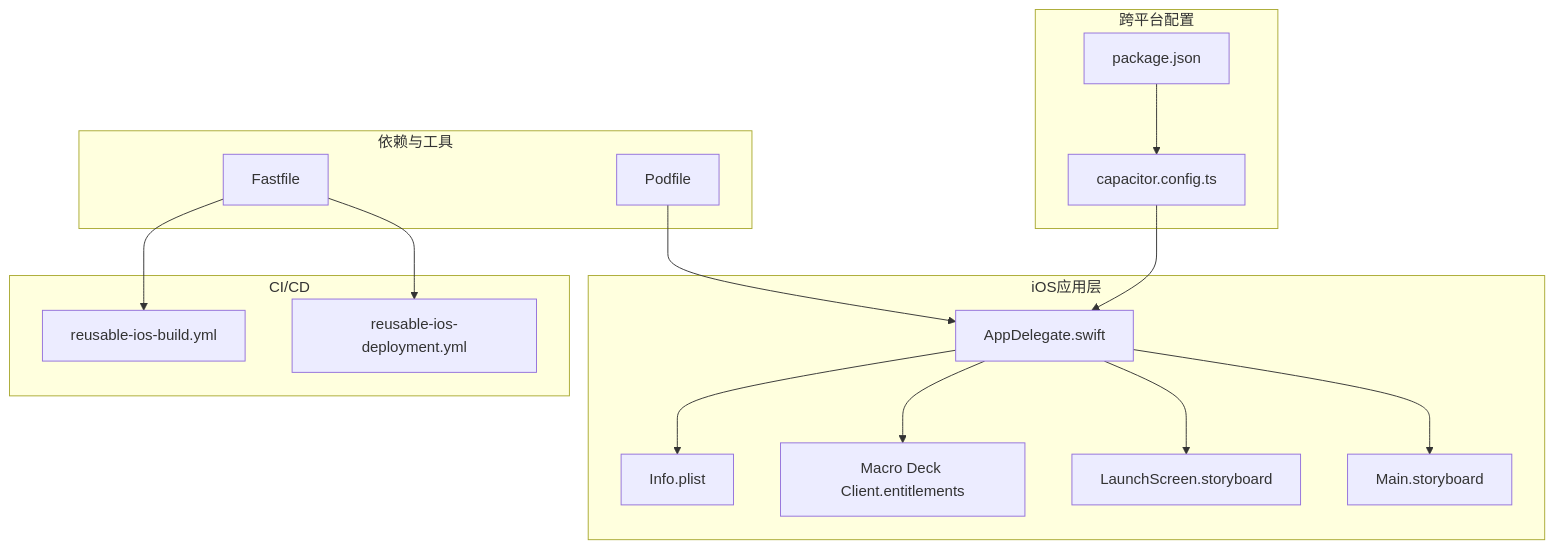
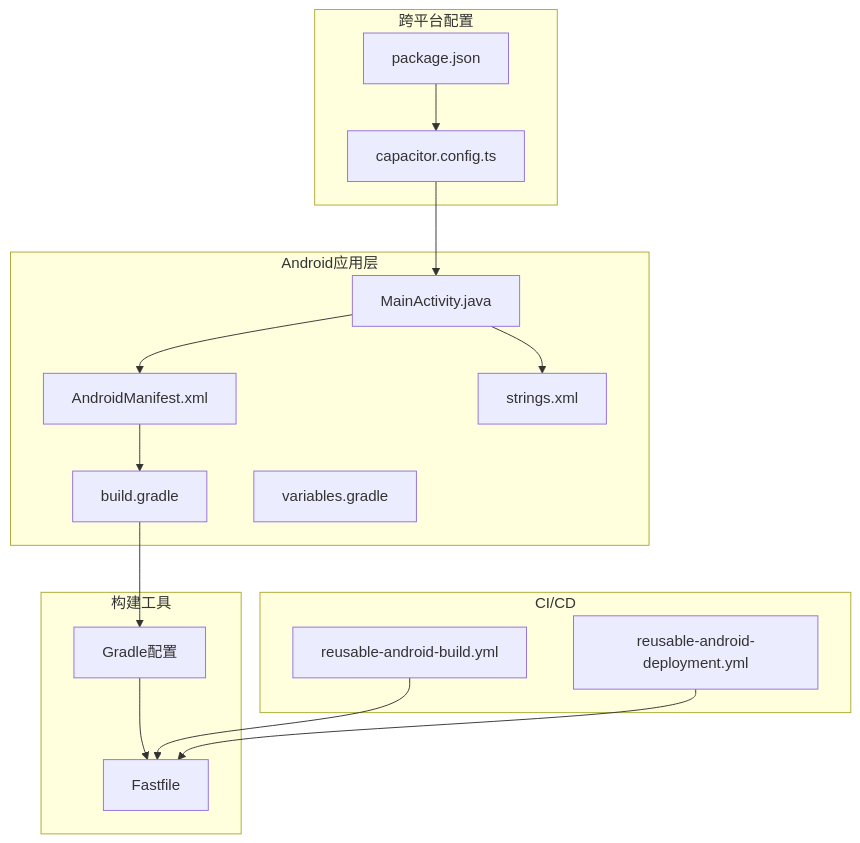
One commit to dingxyang/Macro-Deck-Client-App changed the first of 7 diagrams in .qoder/repowiki/zh/content/原生平台集成/iOS平台集成.md. Above: the diagram before and after it, drawn with Mermaid. The commit also changed other lines of this file and 47 other files, not shown here.

First line of the commit message:
refactor(docs): 重构 Macro Deck 客户端文档模块结构

````diff
--- a/.qoder/repowiki/zh/content/原生平台集成/iOS平台集成.md
+++ b/.qoder/repowiki/zh/content/原生平台集成/iOS平台集成.md
@@ -41,31 +49,31 @@
 ```mermaid
 graph TB
-subgraph "iOS应用层"
-A["AppDelegate.swift"]
-B["Info.plist"]
-C["Macro Deck Client.entitlements"]
-D["LaunchScreen.storyboard"]
-E["Main.storyboard"]
+subgraph "Android应用层"
+A["MainActivity.java"]
+B["AndroidManifest.xml"]
+C["strings.xml"]
+D["build.gradle"]
+E["variables.gradle"]
 end
-subgraph "依赖与工具"
-F["Podfile"]
+subgraph "构建工具"
+F["Gradle配置"]
 G["Fastfile"]
 end
 subgraph "跨平台配置"
 H["capacitor.config.ts"]
 I["package.json"]
 end
 subgraph "CI/CD"
-J["reusable-ios-build.yml"]
-K["reusable-ios-deployment.yml"]
+J["reusable-android-build.yml"]
+K["reusable-android-deployment.yml"]
 end
 A --> B
 A --> C
-A --> D
-A --> E
-F --> A
-G --> J
-G --> K
+B --> D
+D --> F
+F --> G
 H --> A
 I --> H
+J --> G
+K --> G
 ```
````
